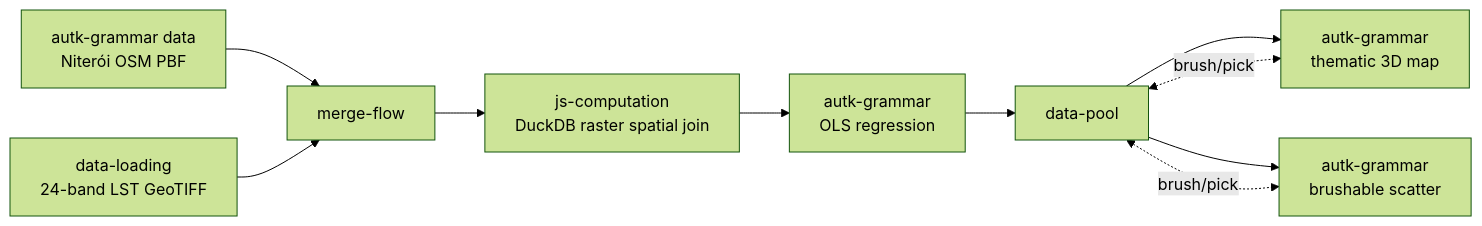
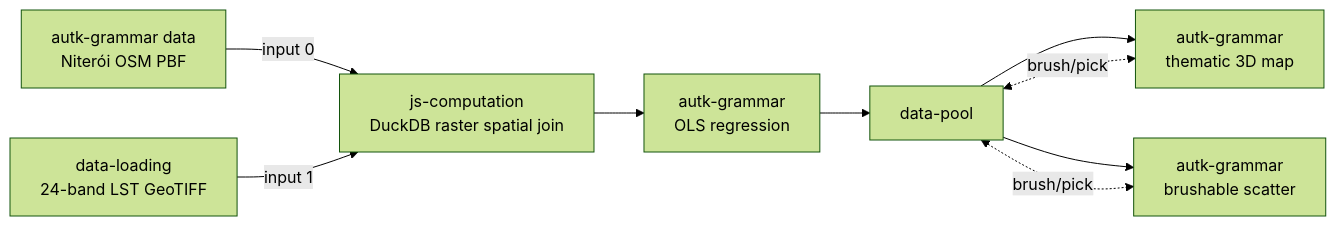
Before and after one commit to urban-toolkit/curio: the diagram in docs/examples/08-autark-spatial-join-regression.md, drawn with Mermaid (forest theme). The commit also changed other lines of this file and 15 other files, not shown here.

Commit message:
Docs and walkthroughs wire flows straight into a node with several inputs

````diff
--- a/docs/examples/08-autark-spatial-join-regression.md
+++ b/docs/examples/08-autark-spatial-join-regression.md
@@ -25,12 +19,11 @@
 ```mermaid
 flowchart LR
-  OSM[autk-grammar data<br/>Niterói OSM PBF] --> MERGE[merge-flow]
-  RASTER[data-loading<br/>24-band LST GeoTIFF] --> MERGE
-  MERGE --> JOIN[js-computation<br/>DuckDB raster spatial join]
+  OSM[autk-grammar data<br/>Niterói OSM PBF] -->|input 0| JOIN[js-computation<br/>DuckDB raster spatial join]
+  RASTER[data-loading<br/>24-band LST GeoTIFF] -->|input 1| JOIN
   JOIN --> OLS[autk-grammar<br/>OLS regression]
   OLS --> POOL[data-pool]
   POOL --> MAP[autk-grammar<br/>thematic 3D map]
   POOL --> PLOT[autk-grammar<br/>brushable scatter]
   POOL <-. brush/pick .-> MAP
   POOL <-. brush/pick .-> PLOT
 ```
````
